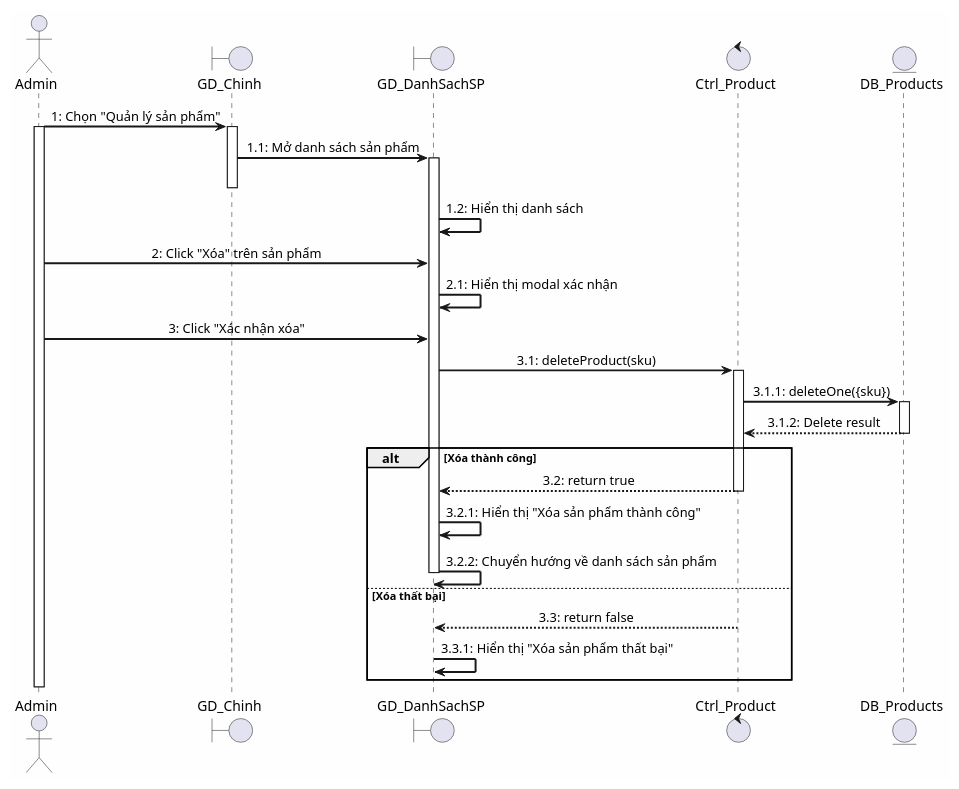
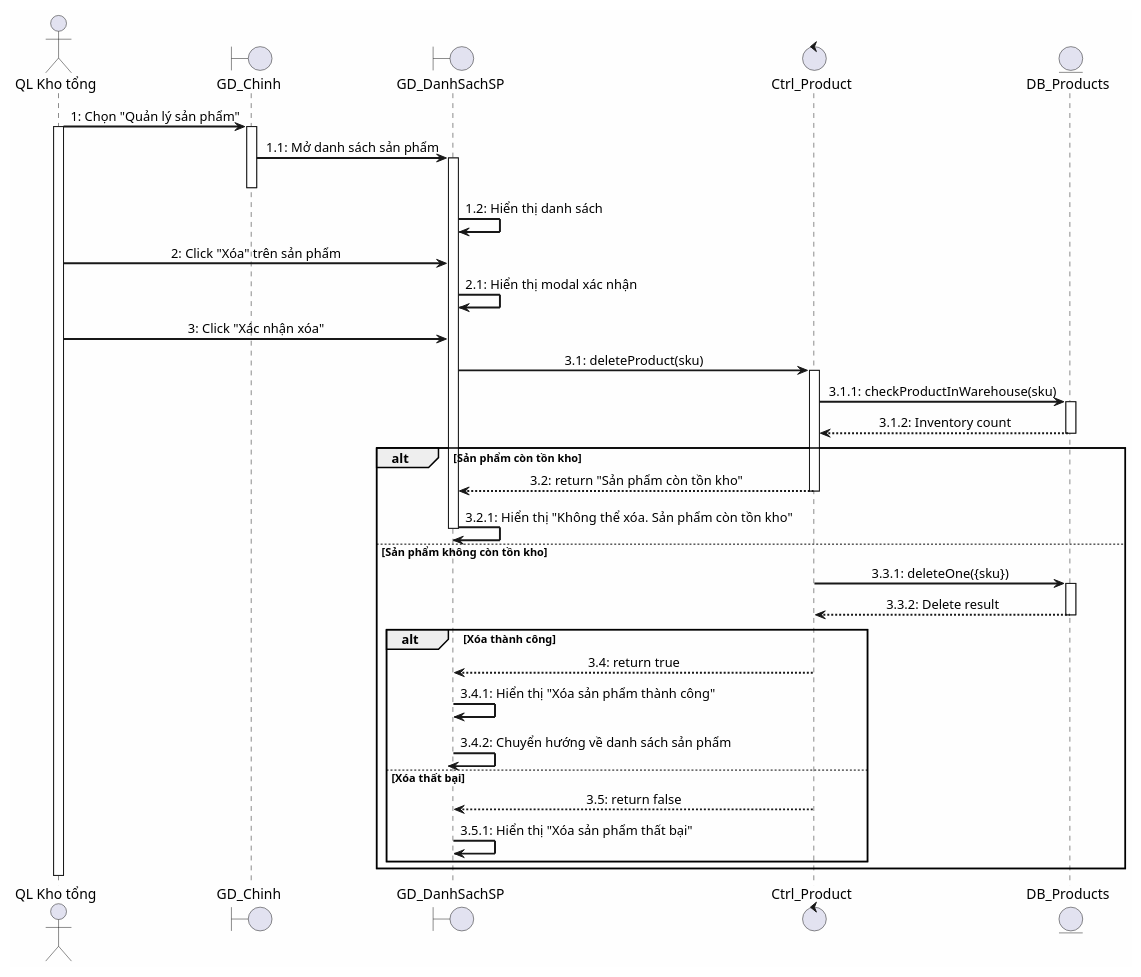
The diagram in docs/sequence_xoa_san_pham.puml (QuynhHuong03/wms), drawn with PlantUML before and after one commit. The commit also changed 28 other files, not shown here.

```diff
--- a/docs/sequence_xoa_san_pham.puml
+++ b/docs/sequence_xoa_san_pham.puml
@@ -1,55 +1,69 @@
 @startuml Xóa Sản Phẩm
 
 ' Cấu hình giao diện
 skinparam sequenceMessageAlign center
 skinparam backgroundColor #FEFEFE
 skinparam sequenceArrowThickness 2
 
-actor "Admin" as Admin
+actor "QL Kho tổng" as Admin
 boundary "GD_Chinh" as MainGUI
 boundary "GD_DanhSachSP" as ListView
 control "Ctrl_Product" as Controller
 entity "DB_Products" as ProductDB
 
 Admin -> MainGUI: 1: Chọn "Quản lý sản phẩm"
 activate Admin
 activate MainGUI
 
 MainGUI -> ListView: 1.1: Mở danh sách sản phẩm
 activate ListView
 deactivate MainGUI
 
 ListView -> ListView: 1.2: Hiển thị danh sách
 
 Admin -> ListView: 2: Click "Xóa" trên sản phẩm
 
 ListView -> ListView: 2.1: Hiển thị modal xác nhận
 
 Admin -> ListView: 3: Click "Xác nhận xóa"
 
 ListView -> Controller: 3.1: deleteProduct(sku)
 activate Controller
 
-Controller -> ProductDB: 3.1.1: deleteOne({sku})
+Controller -> ProductDB: 3.1.1: checkProductInWarehouse(sku)
 activate ProductDB
 
-ProductDB --> Controller: 3.1.2: Delete result
+ProductDB --> Controller: 3.1.2: Inventory count
 deactivate ProductDB
 
-alt Xóa thành công
-    Controller --> ListView: 3.2: return true
+alt Sản phẩm còn tồn kho
+    Controller --> ListView: 3.2: return "Sản phẩm còn tồn kho"
     deactivate Controller
     
-    ListView -> ListView: 3.2.1: Hiển thị "Xóa sản phẩm thành công"
+    ListView -> ListView: 3.2.1: Hiển thị "Không thể xóa. Sản phẩm còn tồn kho"
+    deactivate ListView
+else Sản phẩm không còn tồn kho
+    Controller -> ProductDB: 3.3.1: deleteOne({sku})
+    activate ProductDB
     
-    ListView -> ListView: 3.2.2: Chuyển hướng về danh sách sản phẩm
-    deactivate ListView
-else Xóa thất bại
-    Controller --> ListView: 3.3: return false
-    deactivate Controller
-    ListView -> ListView: 3.3.1: Hiển thị "Xóa sản phẩm thất bại"
+    ProductDB --> Controller: 3.3.2: Delete result
+    deactivate ProductDB
+    
+    alt Xóa thành công
+        Controller --> ListView: 3.4: return true
+        deactivate Controller
+        
+        ListView -> ListView: 3.4.1: Hiển thị "Xóa sản phẩm thành công"
+        
+        ListView -> ListView: 3.4.2: Chuyển hướng về danh sách sản phẩm
+        deactivate ListView
+    else Xóa thất bại
+        Controller --> ListView: 3.5: return false
+        deactivate Controller
+        ListView -> ListView: 3.5.1: Hiển thị "Xóa sản phẩm thất bại"
+    end
 end
 
 deactivate Admin
 
 @enduml
```
